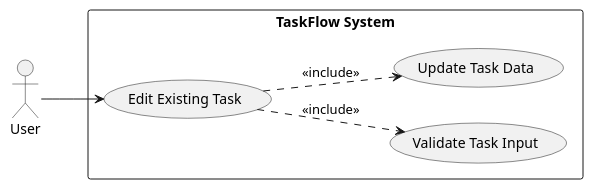
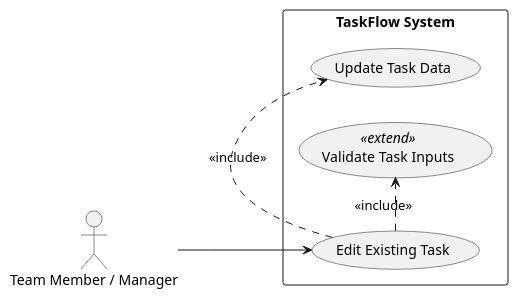
One commit to Chaman532003/framework changed the fifth of 9 diagrams in artifacts/spec/spec.md. Above: the diagram before and after it, drawn with PlantUML. The commit also changed other lines of this file, not shown here.

````diff
--- a/artifacts/spec/spec.md
+++ b/artifacts/spec/spec.md
@@ -397,18 +407,18 @@
 ```plantuml
 @startuml
 left to right direction
 skinparam packageStyle rectangle
 
-actor User
+actor "Team Member / Manager" as User
 
 rectangle "TaskFlow System" {
   usecase (Edit Existing Task) as UC5
-  usecase (Validate Task Input) as UC_ValidateTask
-  usecase (Update Task Data) as UC_UpdateTask
+  usecase (Validate Task Inputs) as UC3_1 <<extend>>
+  usecase (Update Task Data) as UC5_1
 }
 
 User --> UC5
-UC5 ..> UC_ValidateTask : <<include>>
-UC5 ..> UC_UpdateTask : <<include>>
+UC5 .> UC5_1 : <<include>>
+UC5 .> UC3_1 : <<include>>
 @enduml
 ```
````
